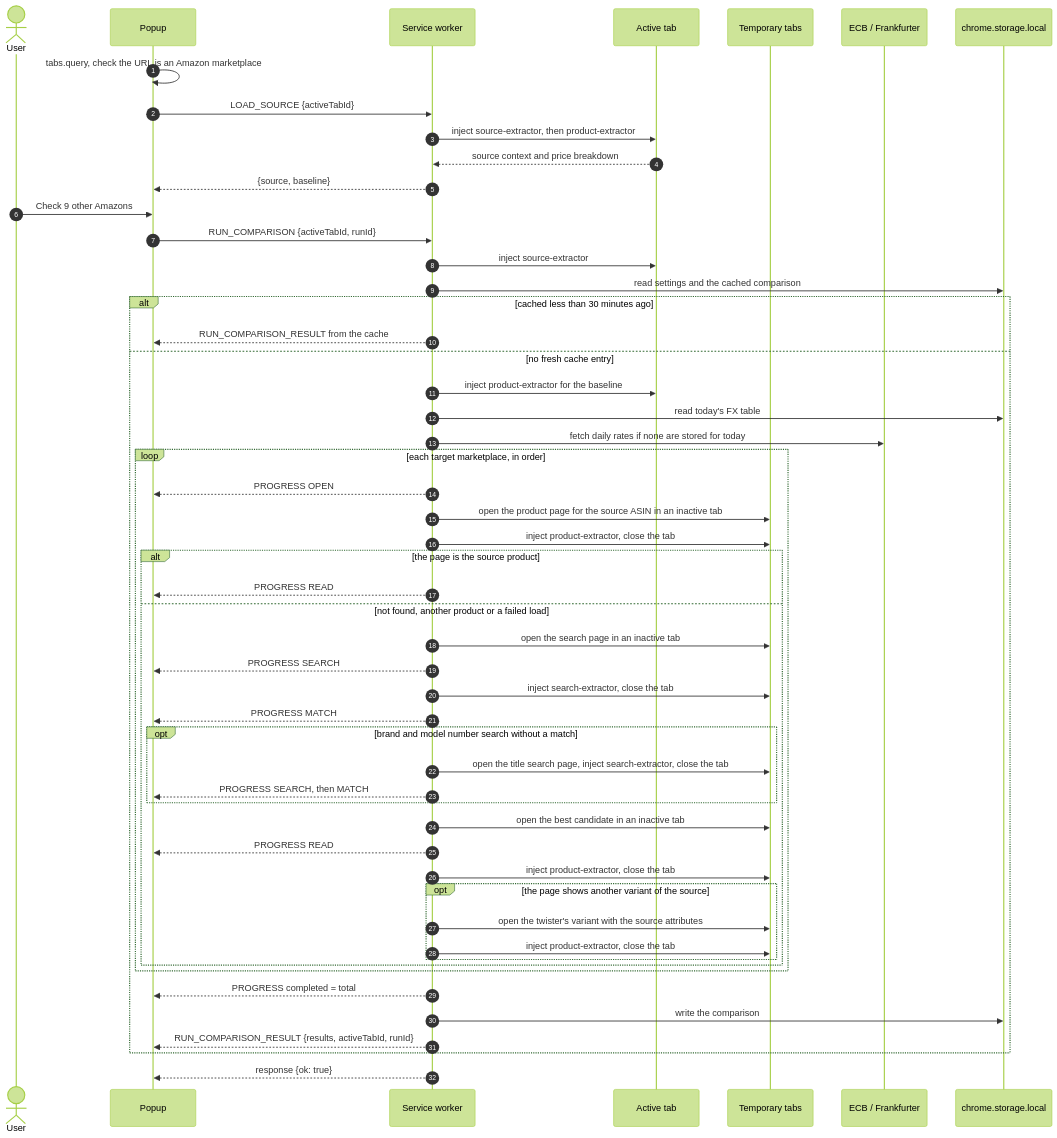
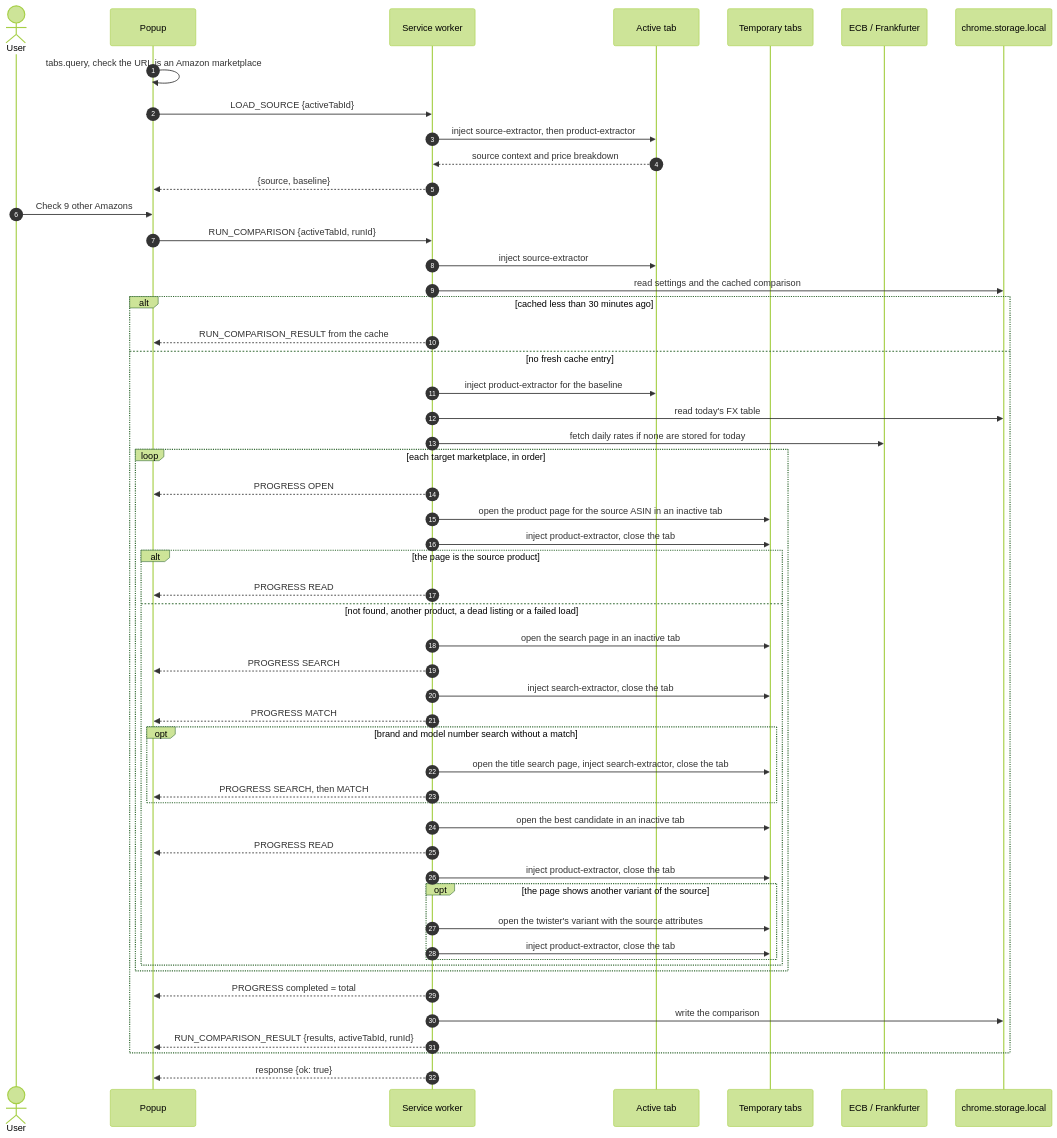
One commit to dortort/across-amazon changed the diagram in docs/architecture.md. Above: the diagram before and after it, drawn with Mermaid (forest theme). The commit also changed other lines of this file, not shown here.

Commit message:
docs(architecture): describe the dead-listing fallback

````diff
--- a/docs/architecture.md
+++ b/docs/architecture.md
@@ -14,56 +14,56 @@
 ```mermaid
 sequenceDiagram
     autonumber
     actor User
     participant Popup
     participant SW as Service worker
     participant Tab as Active tab
     participant Temp as Temporary tabs
     participant FX as ECB / Frankfurter
     participant Store as chrome.storage.local
 
     Popup->>Popup: tabs.query, check the URL is an Amazon marketplace
     Popup->>SW: LOAD_SOURCE {activeTabId}
     SW->>Tab: inject source-extractor, then product-extractor
     Tab-->>SW: source context and price breakdown
     SW-->>Popup: {source, baseline}
     User->>Popup: Check 9 other Amazons
     Popup->>SW: RUN_COMPARISON {activeTabId, runId}
     SW->>Tab: inject source-extractor
     SW->>Store: read settings and the cached comparison
     alt cached less than 30 minutes ago
         SW-->>Popup: RUN_COMPARISON_RESULT from the cache
     else no fresh cache entry
         SW->>Tab: inject product-extractor for the baseline
         SW->>Store: read today's FX table
         SW->>FX: fetch daily rates if none are stored for today
         loop each target marketplace, in order
             SW-->>Popup: PROGRESS OPEN
             SW->>Temp: open the product page for the source ASIN in an inactive tab
             SW->>Temp: inject product-extractor, close the tab
             alt the page is the source product
                 SW-->>Popup: PROGRESS READ
-            else not found, another product or a failed load
+            else not found, another product, a dead listing or a failed load
                 SW->>Temp: open the search page in an inactive tab
                 SW-->>Popup: PROGRESS SEARCH
                 SW->>Temp: inject search-extractor, close the tab
                 SW-->>Popup: PROGRESS MATCH
                 opt brand and model number search without a match
                     SW->>Temp: open the title search page, inject search-extractor, close the tab
                     SW-->>Popup: PROGRESS SEARCH, then MATCH
                 end
                 SW->>Temp: open the best candidate in an inactive tab
                 SW-->>Popup: PROGRESS READ
                 SW->>Temp: inject product-extractor, close the tab
                 opt the page shows another variant of the source
                     SW->>Temp: open the twister's variant with the source attributes
                     SW->>Temp: inject product-extractor, close the tab
                 end
             end
         end
         SW-->>Popup: PROGRESS completed = total
         SW->>Store: write the comparison
         SW-->>Popup: RUN_COMPARISON_RESULT {results, activeTabId, runId}
     end
     SW-->>Popup: response {ok: true}
 ```
````
